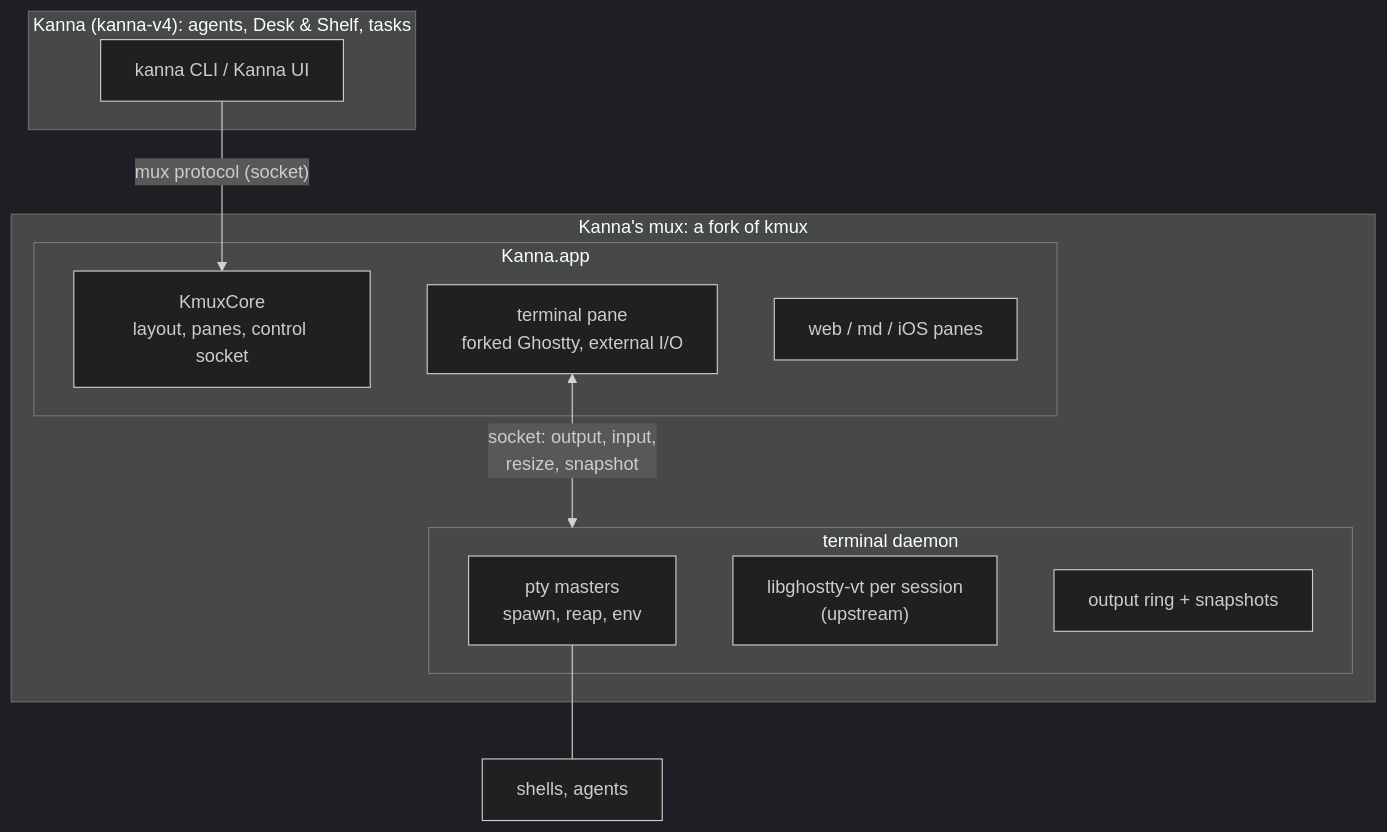
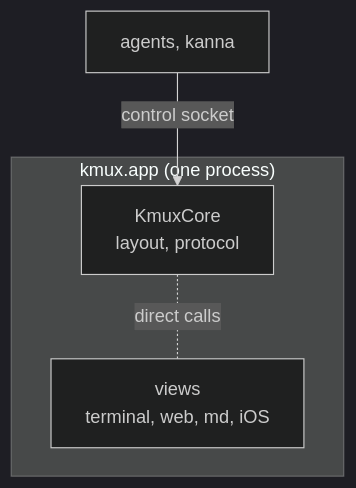
The third of 10 diagrams in docs/research/mux-architecture.md (jemdiggity/kanna-v4), drawn with Mermaid (dark theme) before and after one commit. The commit also changed other lines of this file, not shown here.

Commit message:
Mux architecture: kmux restructured as client/server, kanna-mux adds keeper and daemon terminals

````diff
--- a/docs/research/mux-architecture.md
+++ b/docs/research/mux-architecture.md
@@ -67,22 +71,9 @@
 ```mermaid
 flowchart TB
-    subgraph KANNA["Kanna (kanna-v4): agents, Desk & Shelf, tasks"]
-        KC["kanna CLI / Kanna UI"]
+    subgraph P["kmux.app (one process)"]
+        CORE["KmuxCore<br/>layout, protocol"]
+        VIEWS["views<br/>terminal, web, md, iOS"]
+        CORE -. "direct calls" .- VIEWS
     end
-    subgraph MUX["Kanna's mux: a fork of kmux"]
-        subgraph APP["Kanna.app"]
-            CORE["KmuxCore<br/>layout, panes, control socket"]
-            S1["terminal pane<br/>forked Ghostty, external I/O"]
-            W["web / md / iOS panes"]
-        end
-        subgraph TD["terminal daemon"]
-            PT["pty masters<br/>spawn, reap, env"]
-            VT["libghostty-vt per session<br/>(upstream)"]
-            RING["output ring + snapshots"]
-        end
-    end
-    SH["shells, agents"]
-    KC -->|"mux protocol (socket)"| CORE
-    S1 <-->|"socket: output, input,<br/>resize, snapshot"| TD
-    PT --- SH
+    AG["agents, kanna"] -->|"control socket"| CORE
 ```
````
